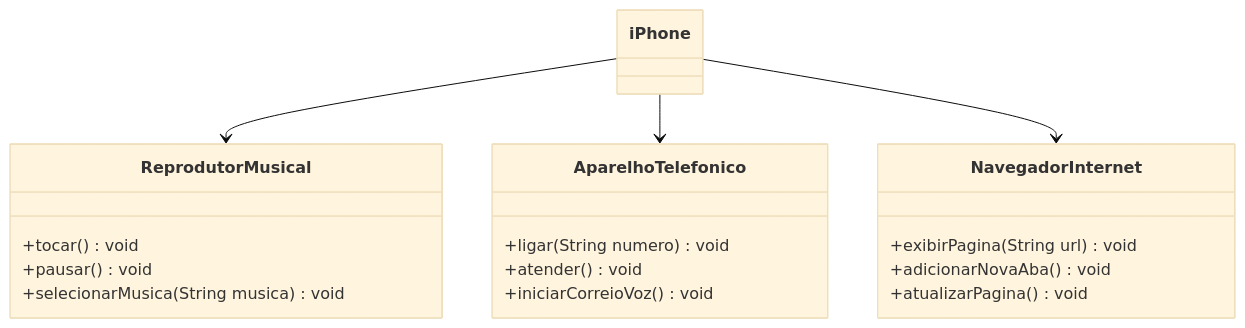
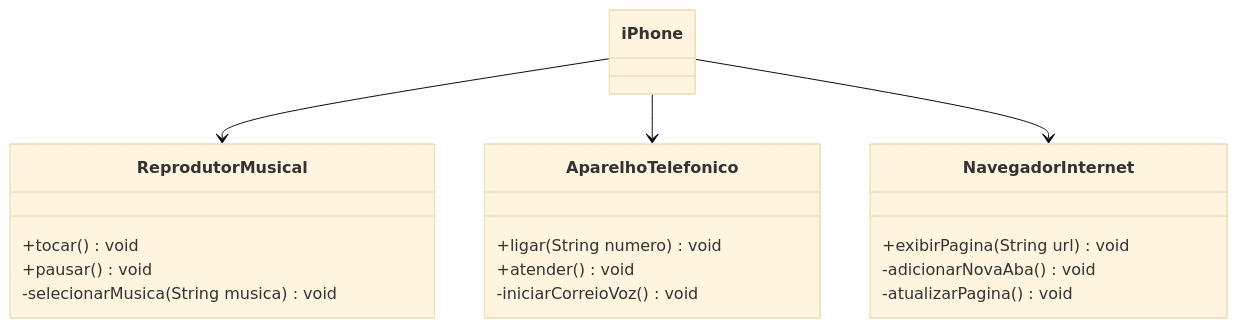
One commit to diogocampos2/iPhone changed the diagram in README.md. Above: the diagram before and after it, drawn with Mermaid (base theme).

Commit message:
Att. visibilidade dos métodos

````diff
--- a/README.md
+++ b/README.md
@@ -1,27 +1,27 @@
 ```mermaid
 classDiagram
     class ReprodutorMusical {
         +tocar()  void 
         +pausar()  void 
-        +selecionarMusica(String musica)  void
+        -selecionarMusica(String musica)  void
     }
 
     class AparelhoTelefonico {
         +ligar(String numero)  void
         +atender()  void
-        +iniciarCorreioVoz()  void
+        -iniciarCorreioVoz()  void
     }
 
     class NavegadorInternet {
         +exibirPagina(String url)  void
-        +adicionarNovaAba()  void
-        +atualizarPagina()  void
+        -adicionarNovaAba()  void
+        -atualizarPagina()  void
     }
 
     class iPhone {
     }
 
     iPhone --> ReprodutorMusical
     iPhone --> AparelhoTelefonico
     iPhone --> NavegadorInternet
 ```
````
